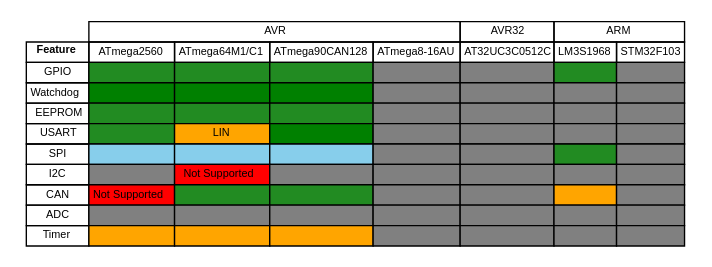
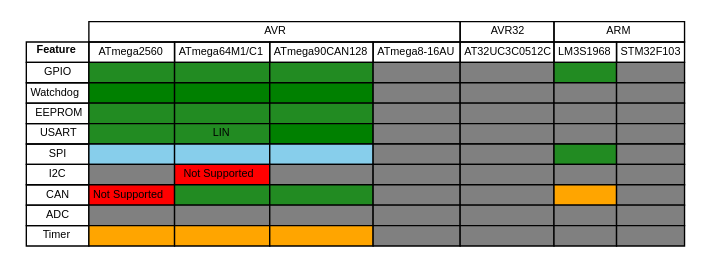
One commit to Aeronavics/ValleyForge changed the diagram in doc/zim-valleyforge/HAL/img/support-table.dot. Above: the diagram before and after it, drawn with Graphviz. The commit also changed 1 other file, not shown here.

Commit message:
Tested LIN-UART on ATmega64M1. Updated support table to reflect

```diff
--- a/doc/zim-valleyforge/HAL/img/support-table.dot
+++ b/doc/zim-valleyforge/HAL/img/support-table.dot
@@ -1,123 +1,123 @@
 digraph structs {
 node [shape=plaintext]
 struct1 [label=<
 <FONT POINT-SIZE="8" FACE="sans-serif">
 <TABLE BORDER="0" CELLBORDER="1" CELLSPACING="0" CELLPADDING="2">
 
 <!-- Implemented and Tested: 	green -->
 <!-- Implemented: 		forestgreen -->
 <!-- Work-in-progress: 		orange -->
 <!-- Started: 			skyblue -->
 <!-- Not yet started: 		gray -->
 <!-- Not supported: 		red -->
 
 
 <tr><td color="white"></td>
 	<td colspan="4">AVR</td>
 	<td colspan="1">AVR32</td>
 	<td colspan="2">ARM</td>
 </tr>
 
 <tr><td><b>Feature</b></td>
 	<td>ATmega2560</td>
 	<td>ATmega64M1/C1</td>
 	<td>ATmega90CAN128</td>
 	<td>ATmega8-16AU</td>
 	<td>AT32UC3C0512C</td>
 	<td>LM3S1968</td>
 	<td>STM32F103</td>
 </tr>
 
 <tr><td>GPIO</td>
 	<td bgcolor="forestgreen"></td>
 	<td bgcolor="forestgreen"></td>
 	<td bgcolor="forestgreen"></td>
 	<td bgcolor="gray"></td>
 	<td bgcolor="gray"></td>
 	<td bgcolor="forestgreen"></td>
 	<td bgcolor="gray"></td>
 </tr>
 
 <tr><td>Watchdog</td>
 	<td bgcolor="green"></td>
 	<td bgcolor="green"></td>
 	<td bgcolor="green"></td>
 	<td bgcolor="gray"></td>
 	<td bgcolor="gray"></td>
 	<td bgcolor="gray"></td>
 	<td bgcolor="gray"></td>
 </tr>
 
 <tr><td>EEPROM</td>
 	<td bgcolor="forestgreen"></td>
 	<td bgcolor="forestgreen"></td>
 	<td bgcolor="forestgreen"></td>
 	<td bgcolor="gray"></td>
 	<td bgcolor="gray"></td>
 	<td bgcolor="gray"></td>
 	<td bgcolor="gray"></td>
 </tr>
 
 <tr><td>USART</td>
 	<td bgcolor="forestgreen"></td>
-	<td bgcolor="orange">LIN</td>
+	<td bgcolor="forestgreen">LIN</td>
 	<td bgcolor="green"></td>
 	<td bgcolor="gray"></td>
 	<td bgcolor="gray"></td>
 	<td bgcolor="gray"></td>
 	<td bgcolor="gray"></td>
 </tr>
 
 <tr><td>SPI</td>
 	<td bgcolor="skyblue"></td>
 	<td bgcolor="skyblue"></td>
 	<td bgcolor="skyblue"></td>
 	<td bgcolor="gray"></td>
 	<td bgcolor="gray"></td>
 	<td bgcolor="forestgreen"></td>
 	<td bgcolor="gray"></td>
 </tr>
 
 <tr><td>I2C</td>
 	<td bgcolor="gray"></td>
 	<td bgcolor="red">Not Supported</td>
 	<td bgcolor="gray"></td>
 	<td bgcolor="gray"></td>
 	<td bgcolor="gray"></td>
 	<td bgcolor="gray"></td>
 	<td bgcolor="gray"></td>
 </tr>
 
 <tr><td>CAN</td>
 	<td bgcolor="red">Not Supported</td>
 	<td bgcolor="forestgreen"></td>
 	<td bgcolor="forestgreen"></td>
 	<td bgcolor="gray"></td>
 	<td bgcolor="gray"></td>
 	<td bgcolor="orange"></td>
 	<td bgcolor="gray"></td>
 </tr>
 
 <tr><td>ADC</td>
 	<td bgcolor="gray"></td>
 	<td bgcolor="gray"></td>
 	<td bgcolor="gray"></td>
 	<td bgcolor="gray"></td>
 	<td bgcolor="gray"></td>
 	<td bgcolor="gray"></td>
 	<td bgcolor="gray"></td>
 </tr>
 
 <tr><td>Timer</td>
 	<td bgcolor="orange"></td>
 	<td bgcolor="orange"></td>
 	<td bgcolor="orange"></td>
 	<td bgcolor="gray"></td>
 	<td bgcolor="gray"></td>
 	<td bgcolor="gray"></td>
 	<td bgcolor="gray"></td>
 </tr>
 
 </TABLE></FONT>
 >];
 }
```
